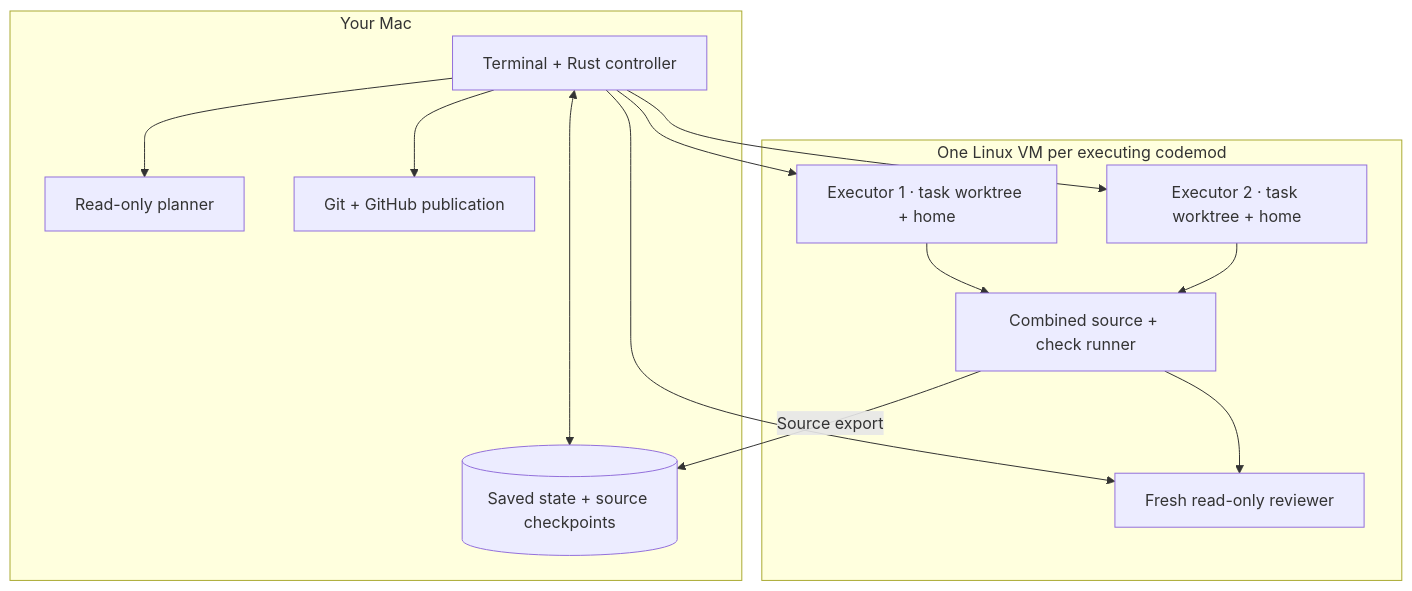
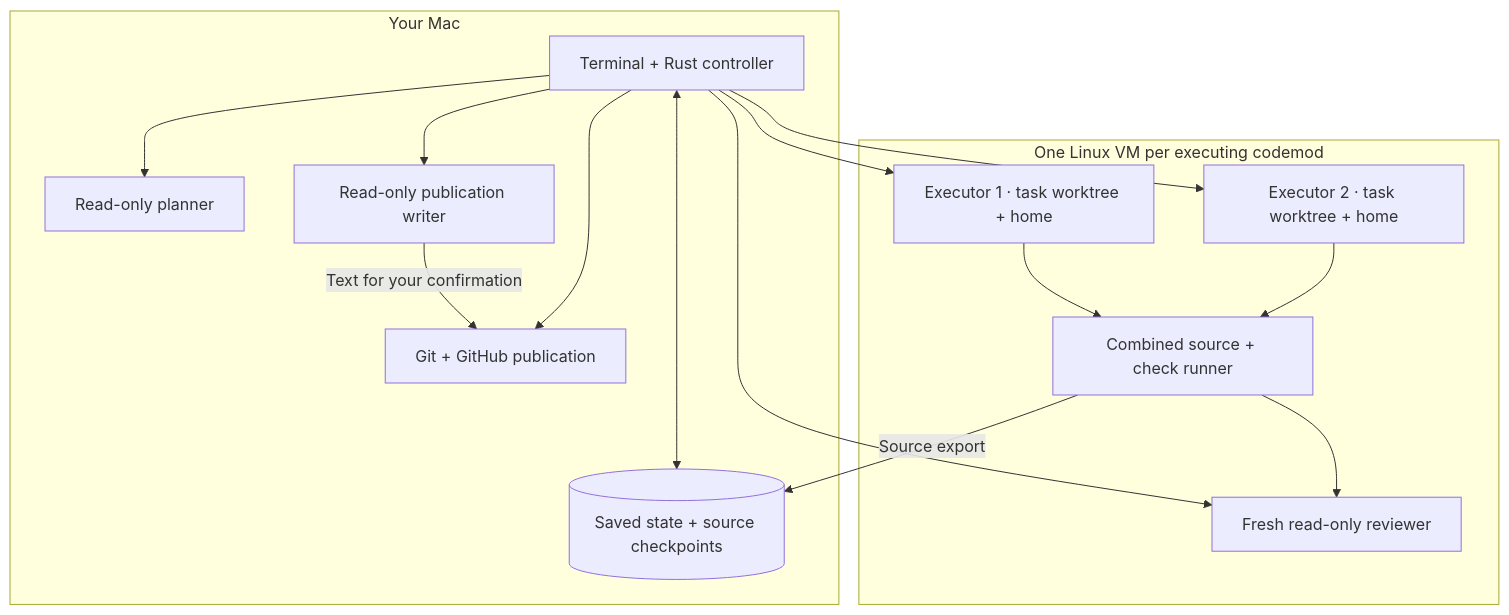
One commit to minimumeffort-dev/sprowt.harness changed the first of 2 diagrams in docs/architecture.md. Above: the diagram before and after it, drawn with Mermaid. The commit also changed other lines of this file and 15 other files, not shown here.

````diff
--- a/docs/architecture.md
+++ b/docs/architecture.md
@@ -9,25 +9,28 @@
 ```mermaid
 flowchart TB
     subgraph host["Your Mac"]
         ui["Terminal + Rust controller"]
         state[("Saved state + source checkpoints")]
         planner["Read-only planner"]
+        writer["Read-only publication writer"]
         git["Git + GitHub publication"]
         ui <--> state
         ui --> planner
+        ui --> writer
+        writer -->|"Text for your confirmation"| git
         ui --> git
     end
     subgraph guest["One Linux VM per executing codemod"]
         first["Executor 1 · task worktree + home"]
         second["Executor 2 · task worktree + home"]
         combined["Combined source + check runner"]
         reviewer["Fresh read-only reviewer"]
         first --> combined
         second --> combined
         combined --> reviewer
     end
     ui --> first
     ui --> second
     ui --> reviewer
     combined -->|"Source export"| state
 ```
````
